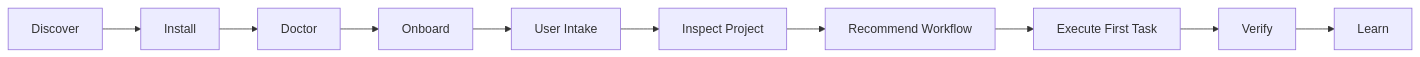
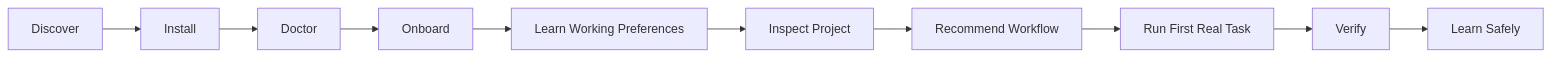
One commit to Bigper4mer/UnparalleledSource changed the first of 5 diagrams in README.md. Above: the diagram before and after it, drawn with Mermaid. The commit also changed other lines of this file, not shown here.

````diff
--- a/README.md
+++ b/README.md
@@ -44,12 +42,12 @@
 ```mermaid
 flowchart LR
     A[Discover] --> B[Install]
     B --> C[Doctor]
     C --> D[Onboard]
-    D --> E[User Intake]
+    D --> E[Learn Working Preferences]
     E --> F[Inspect Project]
     F --> G[Recommend Workflow]
-    G --> H[Execute First Task]
+    G --> H[Run First Real Task]
     H --> I[Verify]
-    I --> J[Learn]
+    I --> J[Learn Safely]
 ```
````
